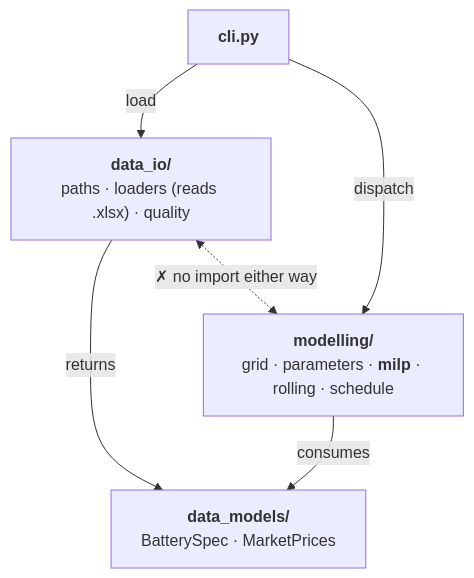
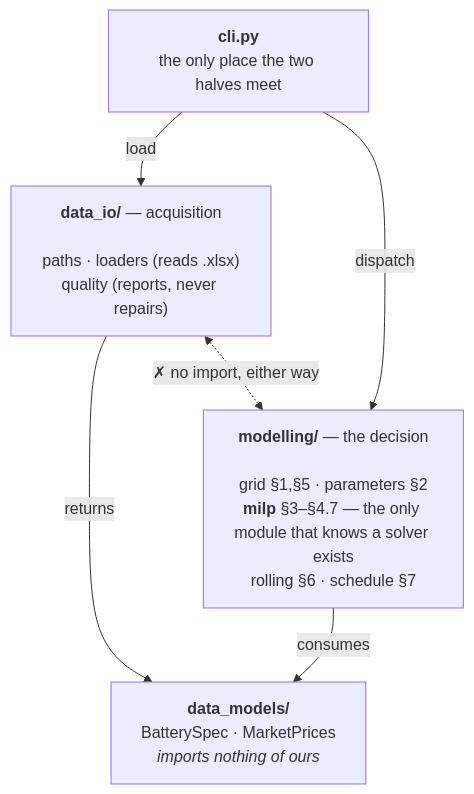
One commit to GuilhermePFM/BatteryCase changed the diagram in docs/architecture.md. Above: the diagram before and after it, drawn with Mermaid. The commit also changed other lines of this file and 5 other files, not shown here.

````diff
--- a/docs/architecture.md
+++ b/docs/architecture.md
@@ -37,13 +34,13 @@
 ```mermaid
 flowchart TD
-    CLI["<b>cli.py</b>"]
-    IO["<b>data_io/</b><br/>paths · loaders (reads .xlsx) · quality"]
-    MOD["<b>modelling/</b><br/>grid · parameters · <b>milp</b> · rolling · schedule"]
-    DM["<b>data_models/</b><br/>BatterySpec · MarketPrices"]
+    CLI["<b>cli.py</b><br/>the only place the two halves meet"]
+    IO["<b>data_io/</b> — acquisition<br/><br/>paths · loaders (reads .xlsx)<br/>quality (reports, never repairs)"]
+    MOD["<b>modelling/</b> — the decision<br/><br/>grid §1,§5 · parameters §2<br/><b>milp</b> §3–§4.7 — the only module that knows a solver exists<br/>rolling §6 · schedule §7"]
+    DM["<b>data_models/</b><br/>BatterySpec · MarketPrices<br/><i>imports nothing of ours</i>"]
 
     CLI -- load --> IO
     CLI -- dispatch --> MOD
     IO -- returns --> DM
     MOD -- consumes --> DM
-    IO <-. "✗ no import either way" .-> MOD
+    IO <-. "✗ no import, either way" .-> MOD
 ```
````
